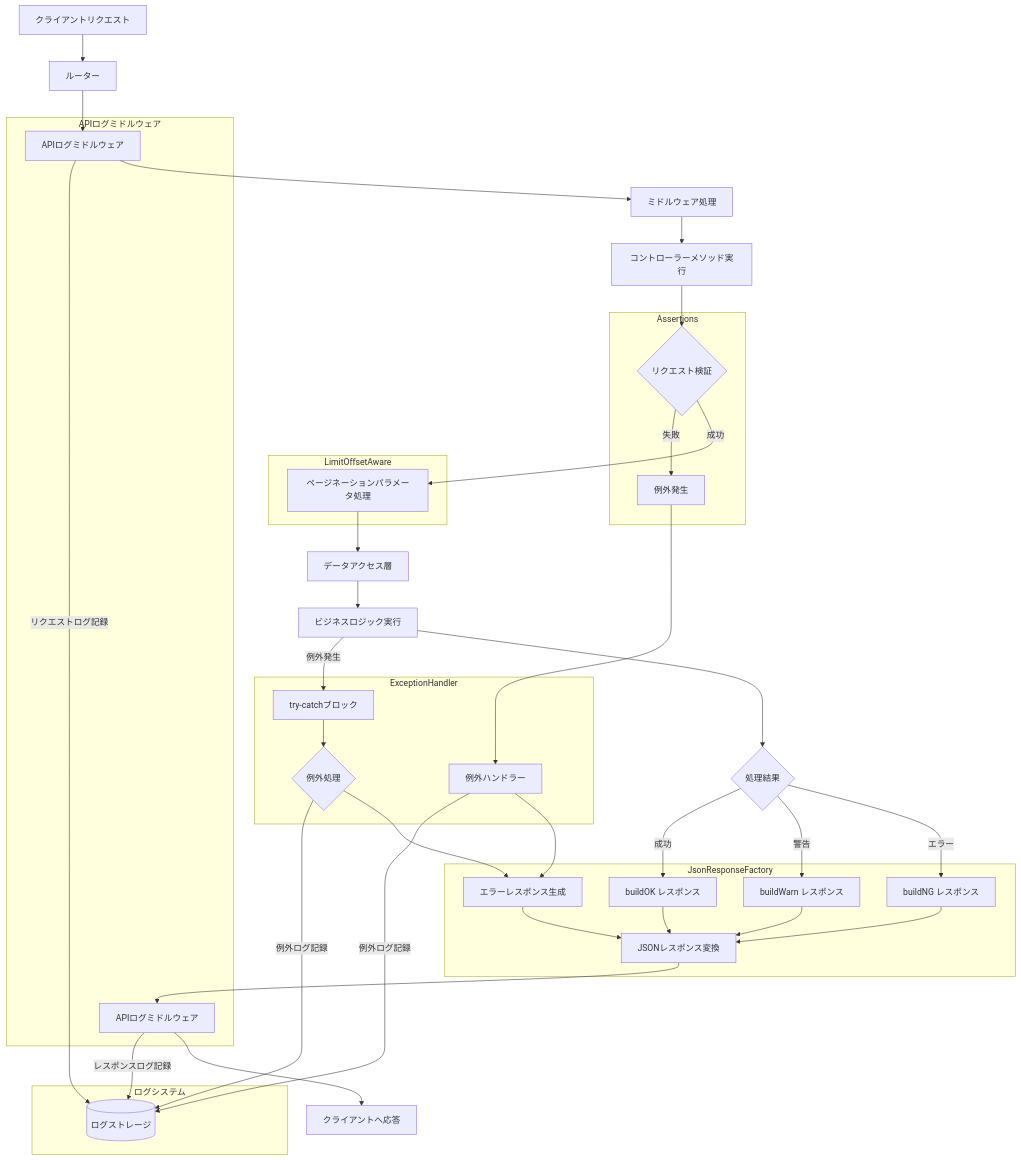
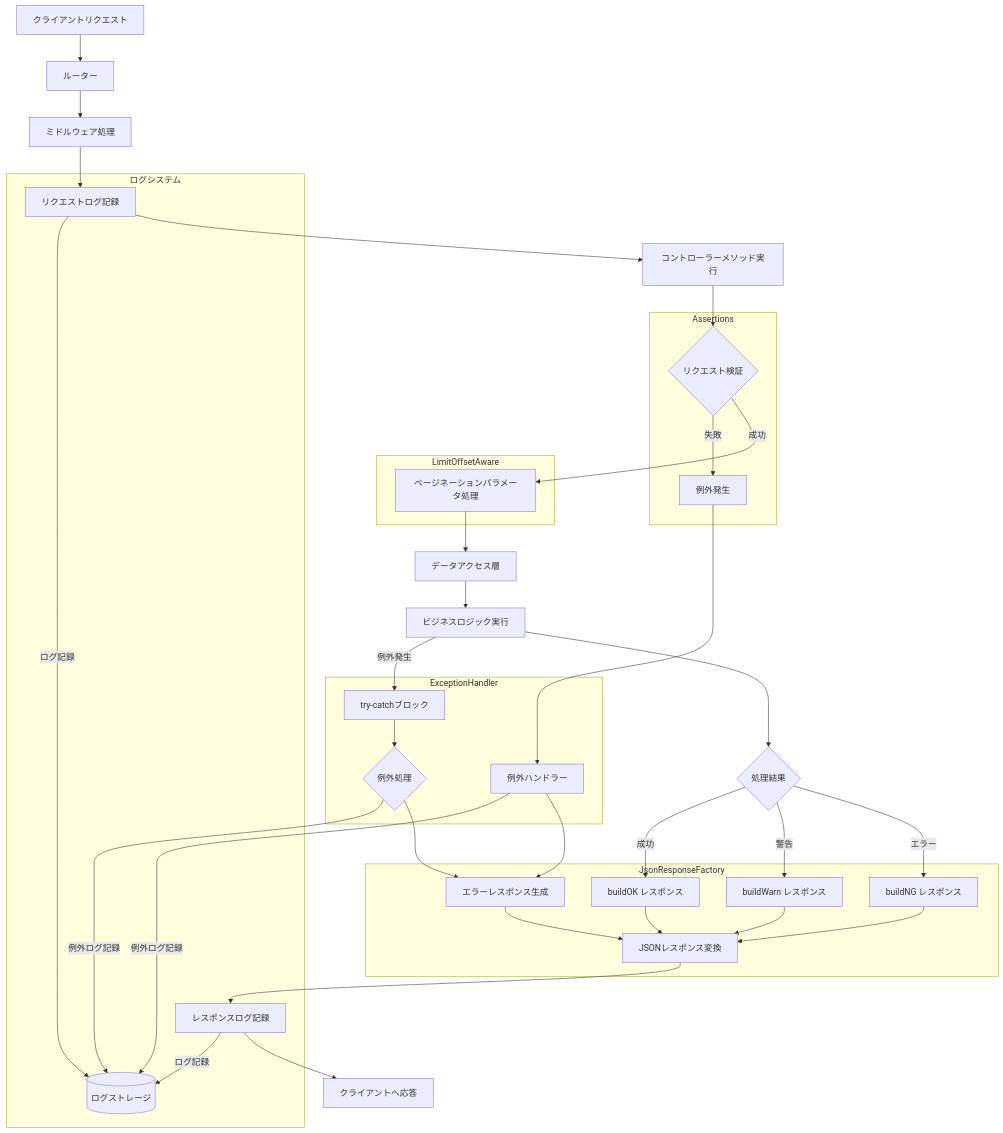
The diagram in README.md (tqcuong-it/docs), drawn with Mermaid before and after one commit. The commit also changed other lines of this file, not shown here.

````diff
--- a/README.md
+++ b/README.md
@@ -23,69 +23,66 @@
 ```mermaid
 flowchart TD
     A[クライアントリクエスト] --> B[ルーター]
-    B --> W[APIログミドルウェア]
-    W -->|リクエストログ記録| Z1[(ログストレージ)]
-    W --> C[ミドルウェア処理]
-    C --> D[コントローラーメソッド実行]
+    B --> C[ミドルウェア処理]
+    C --> L1[リクエストログ記録] 
+    L1 -->|ログ記録| Z1[(ログストレージ)]
+    L1 --> D[コントローラーメソッド実行]
     
     D --> E{リクエスト検証}
     E -->|失敗| F[例外発生]
     F --> G[例外ハンドラー]
     G -->|例外ログ記録| Z1
     G --> H[エラーレスポンス生成]
     
     E -->|成功| I[ページネーションパラメータ処理]
     I --> J[データアクセス層]
     J --> K[ビジネスロジック実行]
     
     K -->|例外発生| R[try-catchブロック]
     R --> S{例外処理}
     S -->|例外ログ記録| Z1
     S --> H
     
     K --> L{処理結果}
     L -->|成功| M[buildOK レスポンス]
     L -->|警告| N[buildWarn レスポンス]
     L -->|エラー| O[buildNG レスポンス]
     
     M --> P[JSONレスポンス変換]
     N --> P
     O --> P
     H --> P
     
-    P --> X[APIログミドルウェア]
-    X -->|レスポンスログ記録| Z1
-    X --> Q[クライアントへ応答]
+    P --> L2[レスポンスログ記録]
+    L2 -->|ログ記録| Z1
+    L2 --> Q[クライアントへ応答]
     
     subgraph "LimitOffsetAware"
     I
     end
     
     subgraph "Assertions"
     E
     F
     end
     
     subgraph "ExceptionHandler"
     G
     R
     S
     end
     
-    subgraph "APIログミドルウェア"
-    W
-    X
-    end
-    
     subgraph "JsonResponseFactory"
     M
     N
     O
     H
     P
     end
     
     subgraph "ログシステム"
     Z1
+    L1
+    L2
     end
 ```
````
